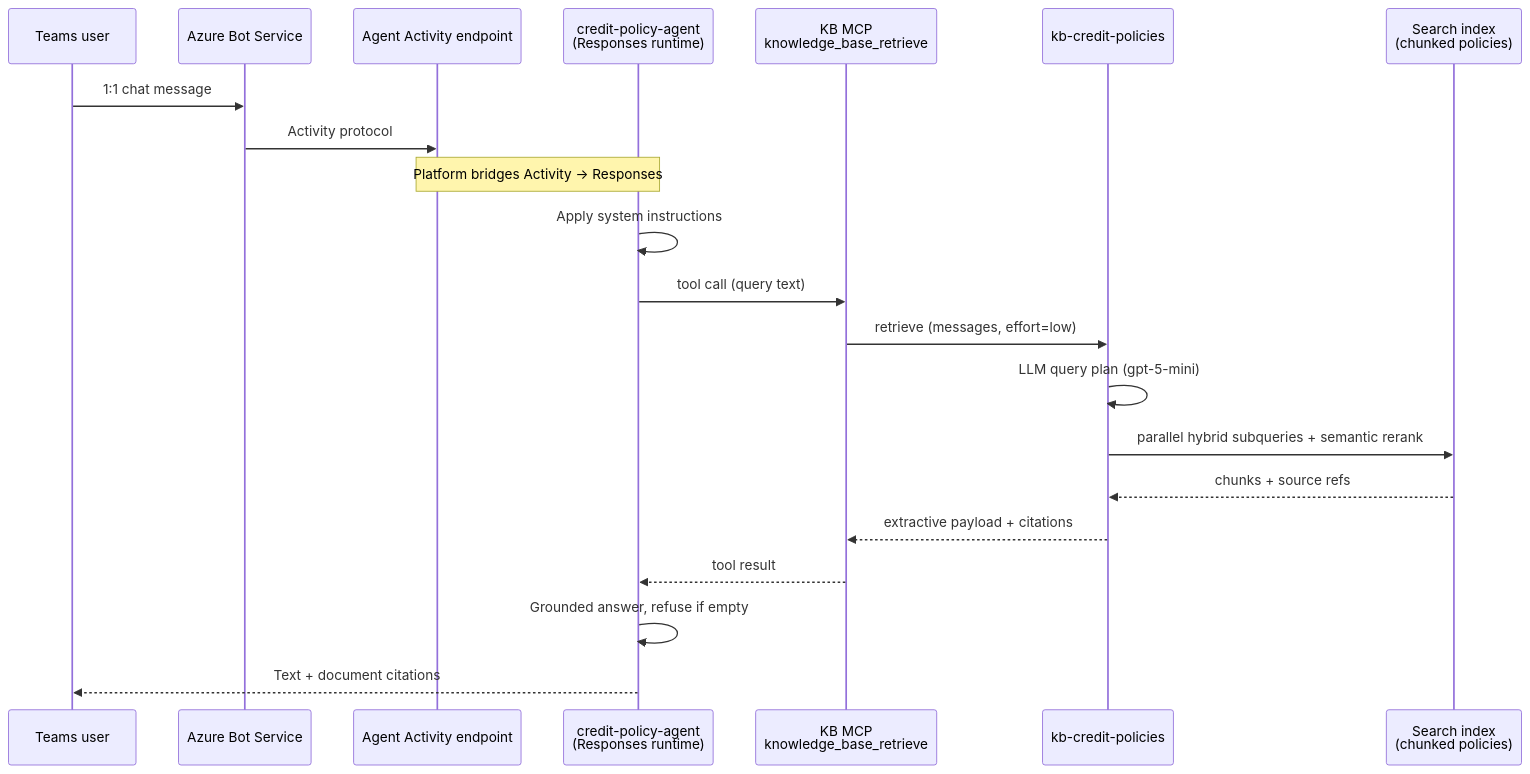
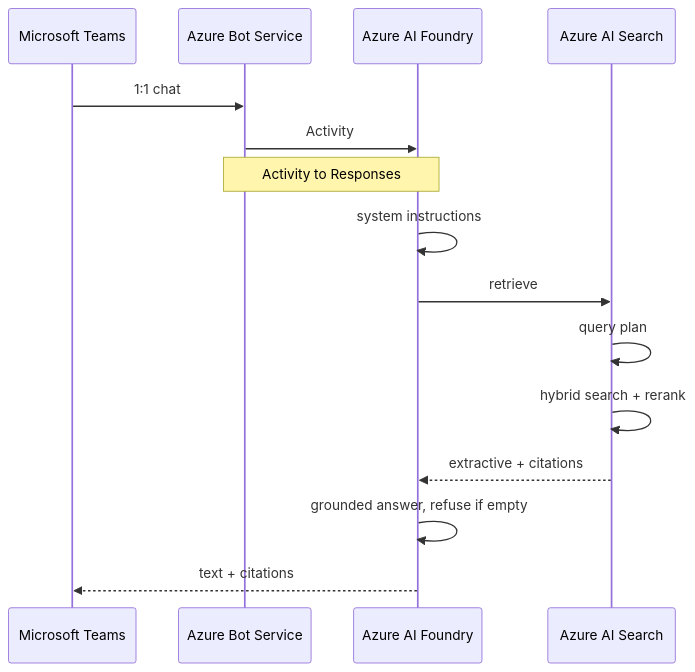
The first of 2 diagrams in docs/credit-policy-agent-plan.md (kborovik/azure-ai-foundry), drawn with Mermaid before and after one commit. The commit also changed other lines of this file, not shown here.

Commit message:
docs: simplify architecture diagrams in credit policy agent plan

````diff
--- a/docs/credit-policy-agent-plan.md
+++ b/docs/credit-policy-agent-plan.md
@@ -149,24 +110,18 @@
 ```mermaid
 sequenceDiagram
-  participant U as Teams user
-  participant ABS as Azure Bot Service
-  participant EP as Agent Activity endpoint
-  participant A as credit-policy-agent<br/>(Responses runtime)
-  participant MCP as KB MCP<br/>knowledge_base_retrieve
-  participant KB as kb-credit-policies
-  participant IDX as Search index<br/>(chunked policies)
+  participant U as Microsoft Teams
+  participant BOT as Azure Bot Service
+  participant A as Azure AI Foundry
+  participant SEARCH as Azure AI Search
 
-  U->>ABS: 1:1 chat message
-  ABS->>EP: Activity protocol
-  Note over EP,A: Platform bridges Activity → Responses
-  A->>A: Apply system instructions
-  A->>MCP: tool call (query text)
-  MCP->>KB: retrieve (messages, effort=low)
-  KB->>KB: LLM query plan (gpt-5-mini)
-  KB->>IDX: parallel hybrid subqueries + semantic rerank
-  IDX-->>KB: chunks + source refs
-  KB-->>MCP: extractive payload + citations
-  MCP-->>A: tool result
-  A->>A: Grounded answer, refuse if empty
-  A-->>U: Text + document citations
+  U->>BOT: 1:1 chat
+  BOT->>A: Activity
+  Note over BOT,A: Activity to Responses
+  A->>A: system instructions
+  A->>SEARCH: retrieve
+  SEARCH->>SEARCH: query plan
+  SEARCH->>SEARCH: hybrid search + rerank
+  SEARCH-->>A: extractive + citations
+  A->>A: grounded answer, refuse if empty
+  A-->>U: text + citations
 ```
````
